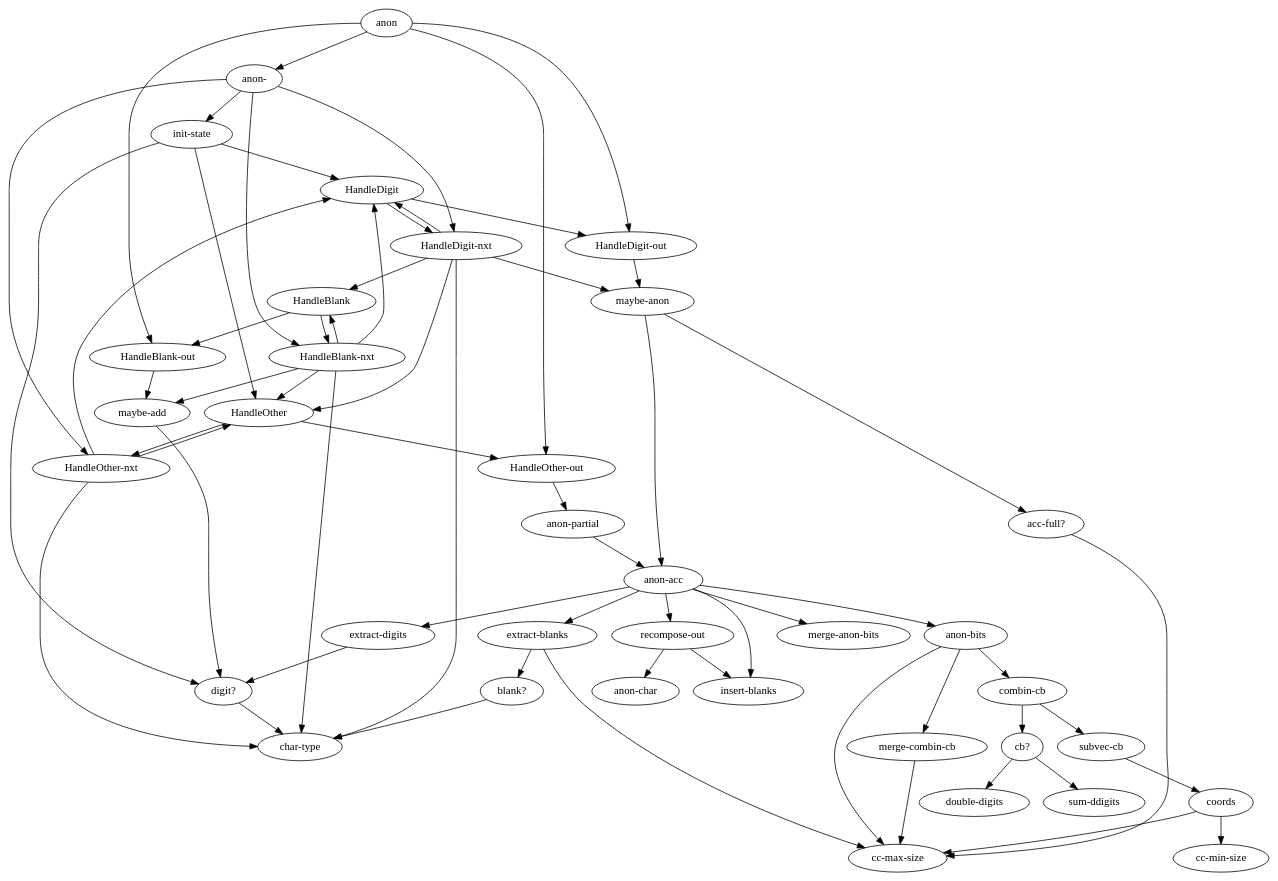
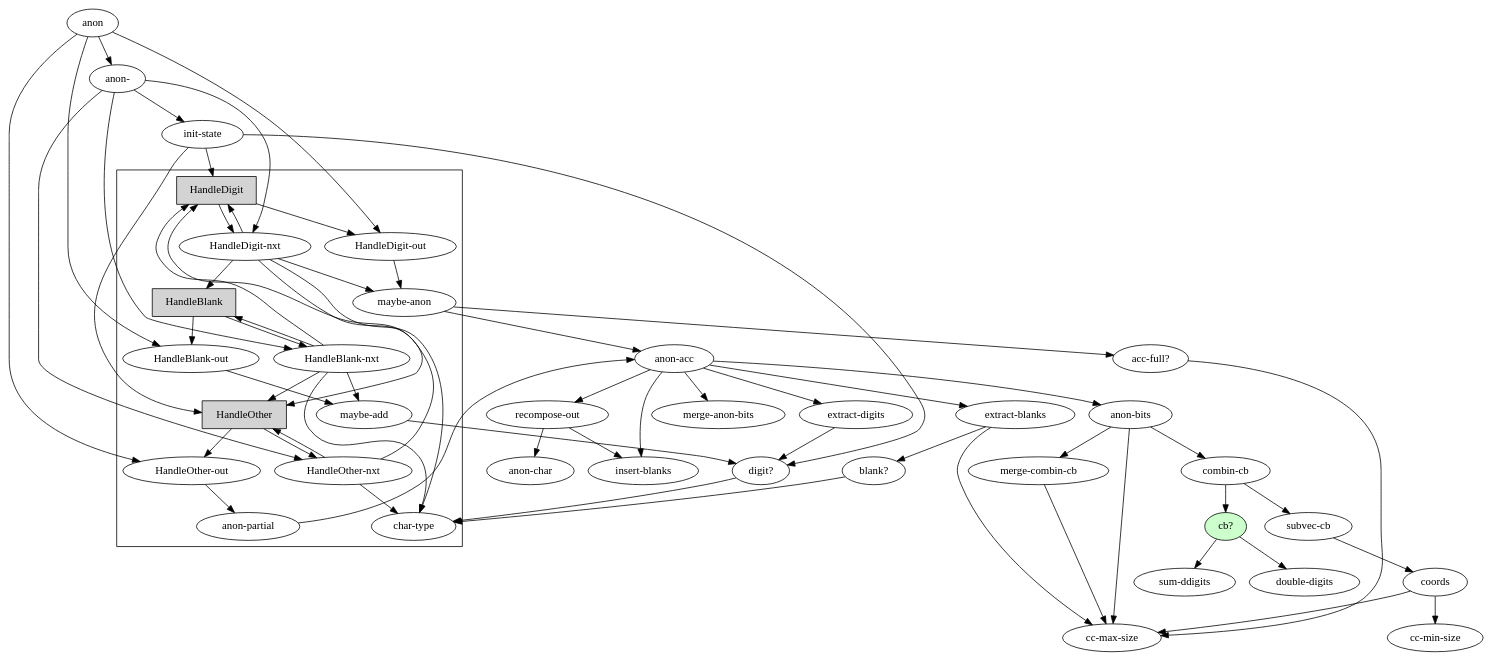
One commit to denlab/luhn-challenge changed the diagram in doc/algo.dot. Above: the diagram before and after it, drawn with Graphviz. The commit also changed 1 other file, not shown here.

Commit message:
Try to distinguish between states and functions.

```diff
--- a/doc/algo.dot
+++ b/doc/algo.dot
@@ -1,91 +1,99 @@
 digraph {
+        "HandleDigit"[shape=record,style=filled];
+        "HandleBlank"[shape=record,style=filled];
+        "HandleOther"[shape=record,style=filled];
+
+        "cb?"[style=filled,fillcolor="#CCFFCC"];
+
         "init-state" -> "HandleDigit";
         "init-state" -> "HandleOther";
         "init-state" -> "digit?";
 
         "anon-" -> "init-state";
         "anon-" -> "HandleDigit-nxt";
         "anon-" -> "HandleBlank-nxt";
         "anon-" -> "HandleOther-nxt";
 
         "anon" -> "anon-";
         "anon" -> "HandleDigit-out";
         "anon" -> "HandleBlank-out";
         "anon" -> "HandleOther-out";
 
-        "HandleOther" -> "HandleOther-nxt";
-        "HandleOther" -> "HandleOther-out";
-
-        "HandleDigit" -> "HandleDigit-nxt";
-        "HandleDigit" -> "HandleDigit-out";
-
-        "HandleBlank" -> "HandleBlank-nxt";
-        "HandleBlank" -> "HandleBlank-out";
-        
-        "HandleOther-nxt" -> "char-type";
-        "HandleOther-nxt" -> "HandleOther";
-        "HandleOther-nxt" -> "HandleDigit";
-        
-        "HandleOther-out" -> "anon-partial";
-
-        "HandleBlank-nxt" -> "char-type";
-        "HandleBlank-nxt" -> "maybe-add";
-        "HandleBlank-nxt" -> "HandleDigit";
-        "HandleBlank-nxt" -> "HandleBlank";
-        "HandleBlank-nxt" -> "HandleOther";
-
-        "HandleBlank-out" -> "maybe-add";
-        
-        "HandleDigit-nxt" -> "char-type";
-        "HandleDigit-nxt" -> "maybe-anon";
-        "HandleDigit-nxt" -> "HandleDigit";
-        "HandleDigit-nxt" -> "HandleBlank";
-        "HandleDigit-nxt" -> "HandleOther";
-
-        "HandleDigit-out" -> "maybe-anon";
+        subgraph "cluster-states" {
+                "HandleOther" -> "HandleOther-nxt";
+                "HandleOther" -> "HandleOther-out";
+                
+                "HandleDigit" -> "HandleDigit-nxt";
+                "HandleDigit" -> "HandleDigit-out";
+                
+                "HandleBlank" -> "HandleBlank-nxt";
+                "HandleBlank" -> "HandleBlank-out";
+                
+                "HandleOther-nxt" -> "char-type";
+                "HandleOther-nxt" -> "HandleOther";
+                "HandleOther-nxt" -> "HandleDigit";
+                
+                "HandleOther-out" -> "anon-partial";
+                
+                "HandleBlank-nxt" -> "char-type";
+                "HandleBlank-nxt" -> "maybe-add";
+                "HandleBlank-nxt" -> "HandleDigit";
+                "HandleBlank-nxt" -> "HandleBlank";
+                "HandleBlank-nxt" -> "HandleOther";
+                
+                "HandleBlank-out" -> "maybe-add";
+                
+                "HandleDigit-nxt" -> "char-type";
+                "HandleDigit-nxt" -> "maybe-anon";
+                "HandleDigit-nxt" -> "HandleDigit";
+                "HandleDigit-nxt" -> "HandleBlank";
+                "HandleDigit-nxt" -> "HandleOther";
+                
+                "HandleDigit-out" -> "maybe-anon";
+        }
 
         "anon-partial" -> "anon-acc";
 
         "maybe-add" -> "digit?";
 
         "acc-full?" -> "cc-max-size";
 
         "blank?" -> "char-type";
 
         "extract-blanks" -> "cc-max-size";
         "extract-blanks" -> "blank?";
 
         "digit?" -> "char-type";
 
         "extract-digits" -> "digit?";
 
         "recompose-out" -> "anon-char";
         "recompose-out" -> "insert-blanks";
 
         "merge-combin-cb" -> "cc-max-size";
 
         "coords" -> "cc-min-size";
         "coords" -> "cc-max-size";
 
         "subvec-cb" -> "coords";
 
         "cb?" -> "sum-ddigits";
         "cb?" -> "double-digits";
 
         "combin-cb" -> "subvec-cb";
         "combin-cb" -> "cb?";
 
         "anon-bits" -> "cc-max-size";
         "anon-bits" -> "combin-cb";
         "anon-bits" -> "merge-combin-cb";
 
         "anon-acc" -> "extract-digits";
         "anon-acc" -> "extract-blanks";
         "anon-acc" -> "anon-bits";
         "anon-acc" -> "merge-anon-bits";
         "anon-acc" -> "recompose-out";
         "anon-acc" -> "insert-blanks";
 
         "maybe-anon" -> "acc-full?";
         "maybe-anon" -> "anon-acc";
 }
```
